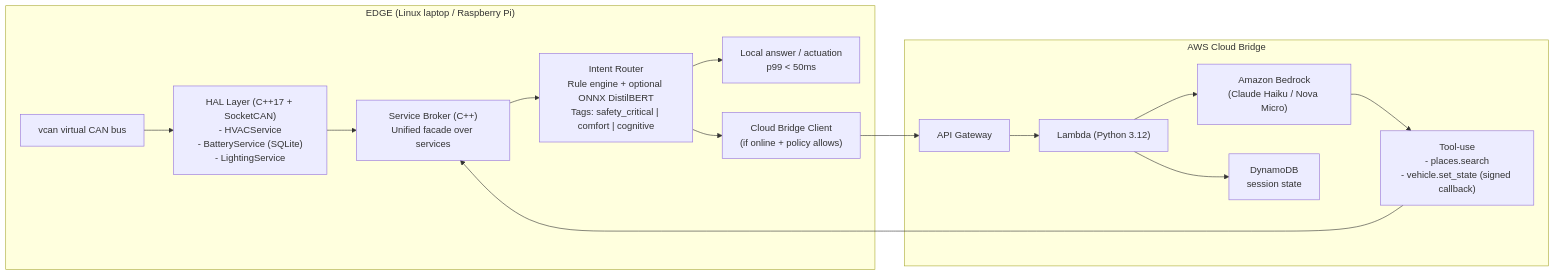
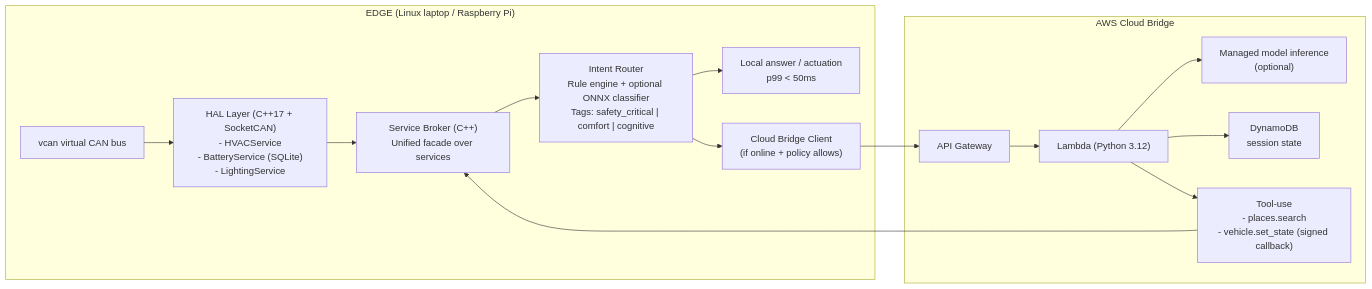
One commit to SumedhaUmesh/CabinOS changed the diagram in README.md. Above: the diagram before and after it, drawn with Mermaid. The commit also changed other lines of this file and 3 other files, not shown here.

````diff
--- a/README.md
+++ b/README.md
@@ -29,27 +25,28 @@
 ```mermaid
 flowchart LR
   subgraph EDGE["EDGE (Linux laptop / Raspberry Pi)"]
     VCAN["vcan virtual CAN bus"]
     HAL["HAL Layer (C++17 + SocketCAN)\n- HVACService\n- BatteryService (SQLite)\n- LightingService"]
     BROKER["Service Broker (C++)\nUnified facade over services"]
-    ROUTER["Intent Router\nRule engine + optional ONNX DistilBERT\nTags: safety_critical | comfort | cognitive"]
+    ROUTER["Intent Router\nRule engine + optional ONNX classifier\nTags: safety_critical | comfort | cognitive"]
 
     VCAN --> HAL --> BROKER --> ROUTER
     ROUTER --> LOCAL["Local answer / actuation\np99 < 50ms"]
     ROUTER --> BRIDGE["Cloud Bridge Client\n(if online + policy allows)"]
   end
 
   subgraph CLOUD["AWS Cloud Bridge"]
     APIGW["API Gateway"]
     LAMBDA["Lambda (Python 3.12)"]
-    BEDROCK["Amazon Bedrock\n(Claude Haiku / Nova Micro)"]
+    MODEL["Managed model inference\n(optional)"]
     DDB["DynamoDB\nsession state"]
     TOOLS["Tool-use\n- places.search\n- vehicle.set_state (signed callback)"]
-    APIGW --> LAMBDA --> BEDROCK
+    APIGW --> LAMBDA
     LAMBDA --> DDB
-    BEDROCK --> TOOLS
+    LAMBDA --> MODEL
+    LAMBDA --> TOOLS
   end
 
   BRIDGE --> APIGW
   TOOLS --> BROKER
 ```
````
